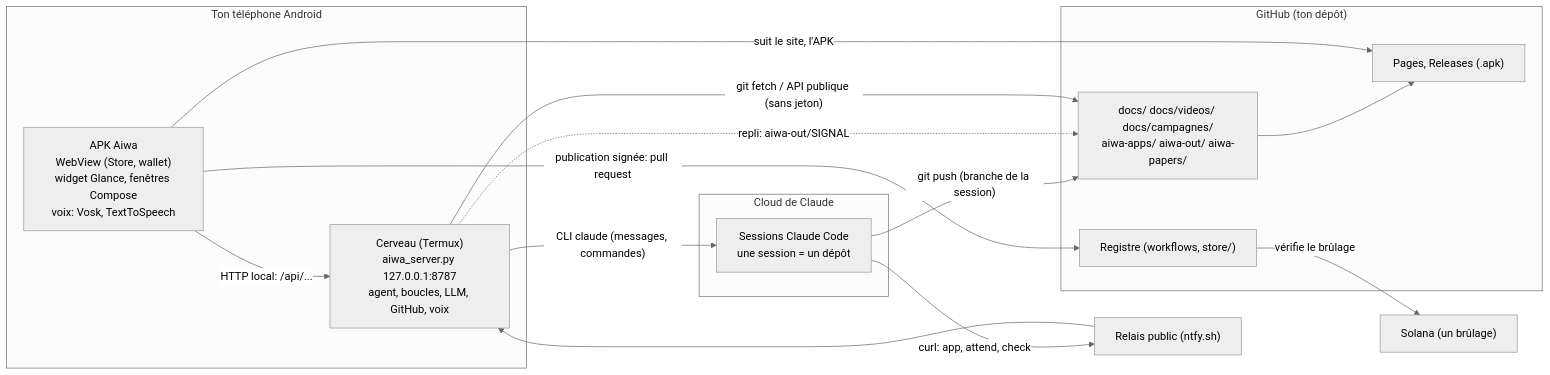
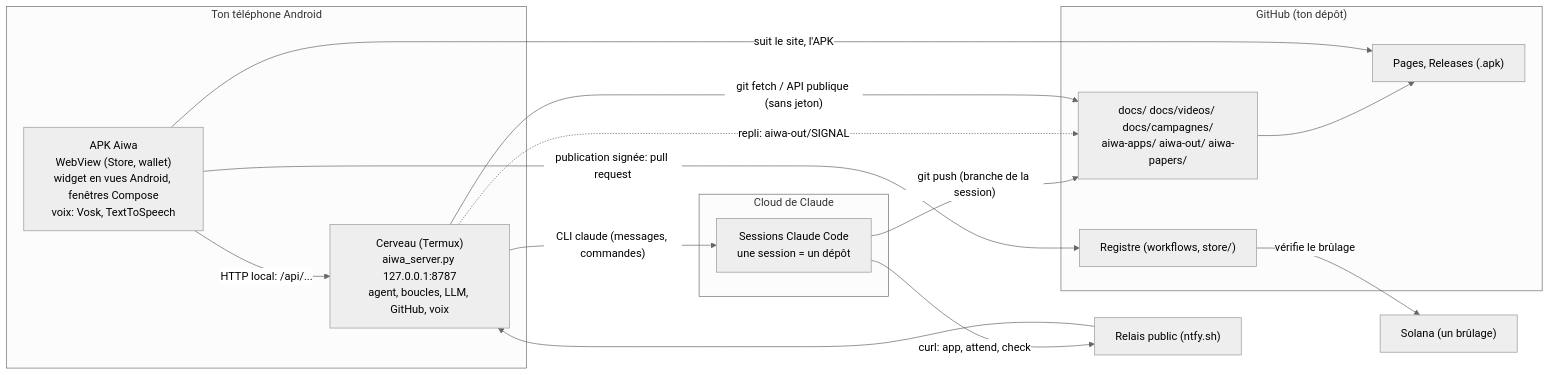
The second of 9 diagrams in README.md (theodoreyong9/Aiwa_store), drawn with Mermaid (neutral theme) before and after one commit. The commit also changed other lines of this file and 1 other file, not shown here.

First line of the commit message:
Docs: the widget in tabs, the super agent on the buttons, the settings in sections

````diff
--- a/README.md
+++ b/README.md
@@ -218,28 +220,28 @@
 ```mermaid
 flowchart LR
   subgraph Phone["Ton téléphone Android"]
-    APK["APK Aiwa<br/>WebView (Store, wallet)<br/>widget Glance, fenêtres Compose<br/>voix: Vosk, TextToSpeech"]
+    APK["APK Aiwa<br/>WebView (Store, wallet)<br/>widget en vues Android, fenêtres Compose<br/>voix: Vosk, TextToSpeech"]
     Brain["Cerveau (Termux)<br/>aiwa_server.py 127.0.0.1:8787<br/>agent, boucles, LLM, GitHub, voix"]
   end
   subgraph Cloud["Cloud de Claude"]
     Sessions["Sessions Claude Code<br/>une session = un dépôt"]
   end
   subgraph GH["GitHub (ton dépôt)"]
     Repo["docs/ docs/videos/ docs/campagnes/<br/>aiwa-apps/ aiwa-out/ aiwa-papers/"]
     Pages["Pages, Releases (.apk)"]
     Reg["Registre (workflows, store/)"]
   end
   Relay["Relais public (ntfy.sh)"]
   Sol["Solana (un brûlage)"]
   APK -- "HTTP local: /api/..." --> Brain
   Brain -- "CLI claude (messages, commandes)" --> Sessions
   Sessions -- "git push (branche de la session)" --> Repo
   Sessions -- "curl: app, attend, check" --> Relay
   Relay --> Brain
   Brain -. "repli: aiwa-out/SIGNAL" .-> Repo
   Brain -- "git fetch / API publique (sans jeton)" --> Repo
   Repo --> Pages
   APK -- "suit le site, l'APK" --> Pages
   APK -- "publication signée: pull request" --> Reg
   Reg -- "vérifie le brûlage" --> Sol
 ```
````
